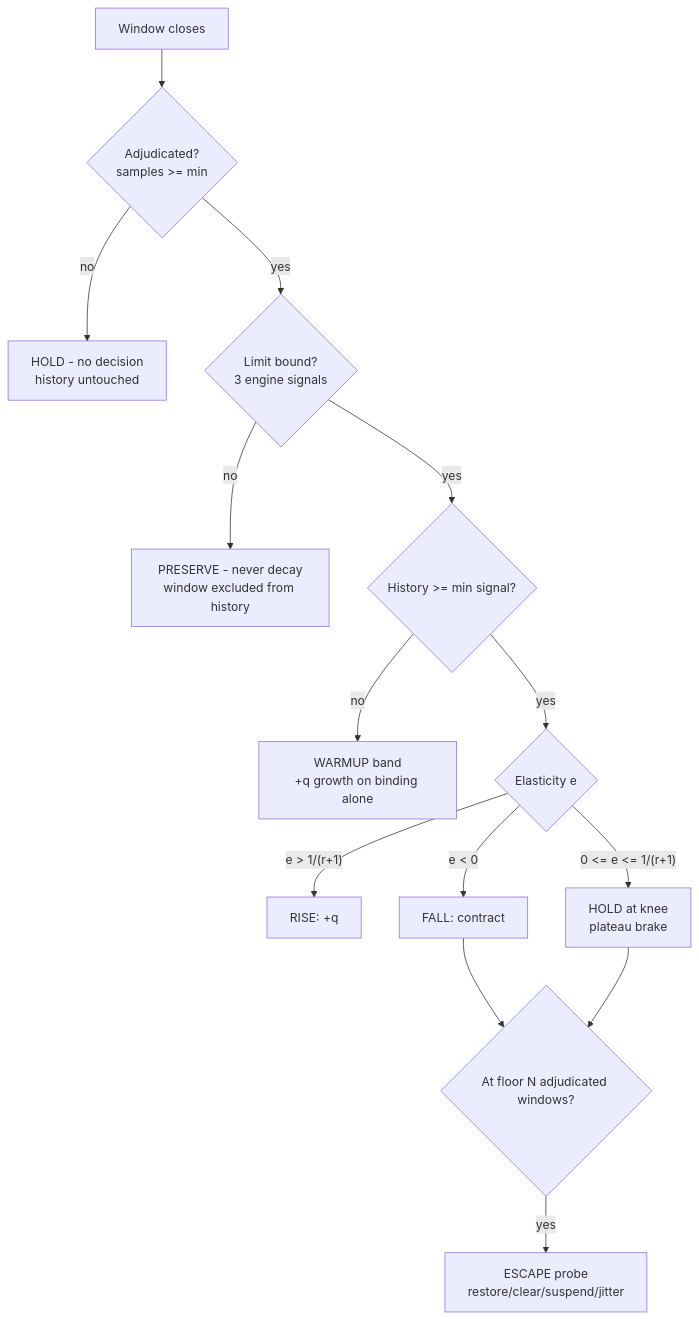
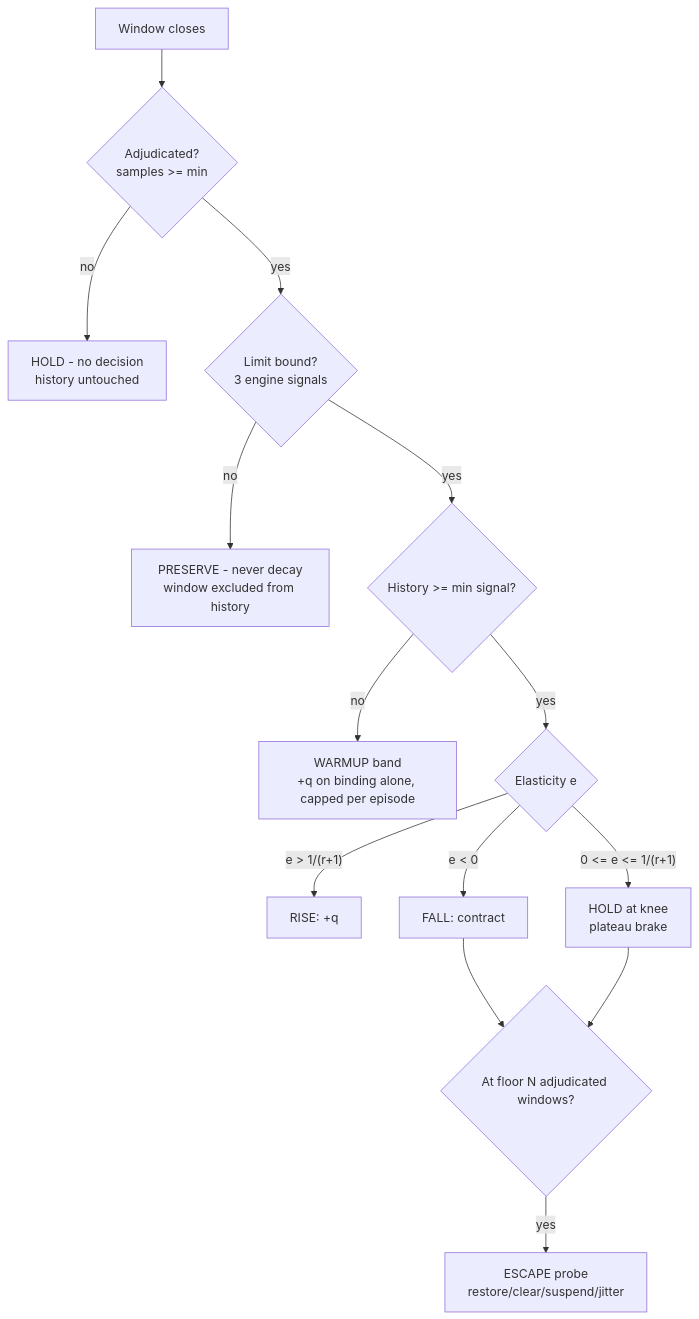
The first of 2 diagrams in docs/plans/2026-08-24-003-feat-admission-control-law-design.md (astubbs/parallel-consumer), drawn with Mermaid before and after one commit. The commit also changed other lines of this file, not shown here.

````diff
--- a/docs/plans/2026-08-24-003-feat-admission-control-law-design.md
+++ b/docs/plans/2026-08-24-003-feat-admission-control-law-design.md
@@ -741,16 +788,16 @@
 ```mermaid
 flowchart TB
   W[Window closes] --> A{Adjudicated?<br/>samples >= min}
   A -->|no| H0[HOLD - no decision<br/>history untouched]
   A -->|yes| B{Limit bound?<br/>3 engine signals}
   B -->|no| P[PRESERVE - never decay<br/>window excluded from history]
   B -->|yes| E{History >= min signal?}
-  E -->|no| WU[WARMUP band<br/>+q growth on binding alone]
+  E -->|no| WU[WARMUP band<br/>+q on binding alone, capped per episode]
   E -->|yes| S{Elasticity e}
   S -->|"e > 1/(r+1)"| R[RISE: +q]
   S -->|"0 <= e <= 1/(r+1)"| H[HOLD at knee<br/>plateau brake]
   S -->|"e < 0"| F[FALL: contract]
   F --> FL{At floor N adjudicated windows?}
   H --> FL
   FL -->|yes| ESC[ESCAPE probe<br/>restore/clear/suspend/jitter]
 ```
````
